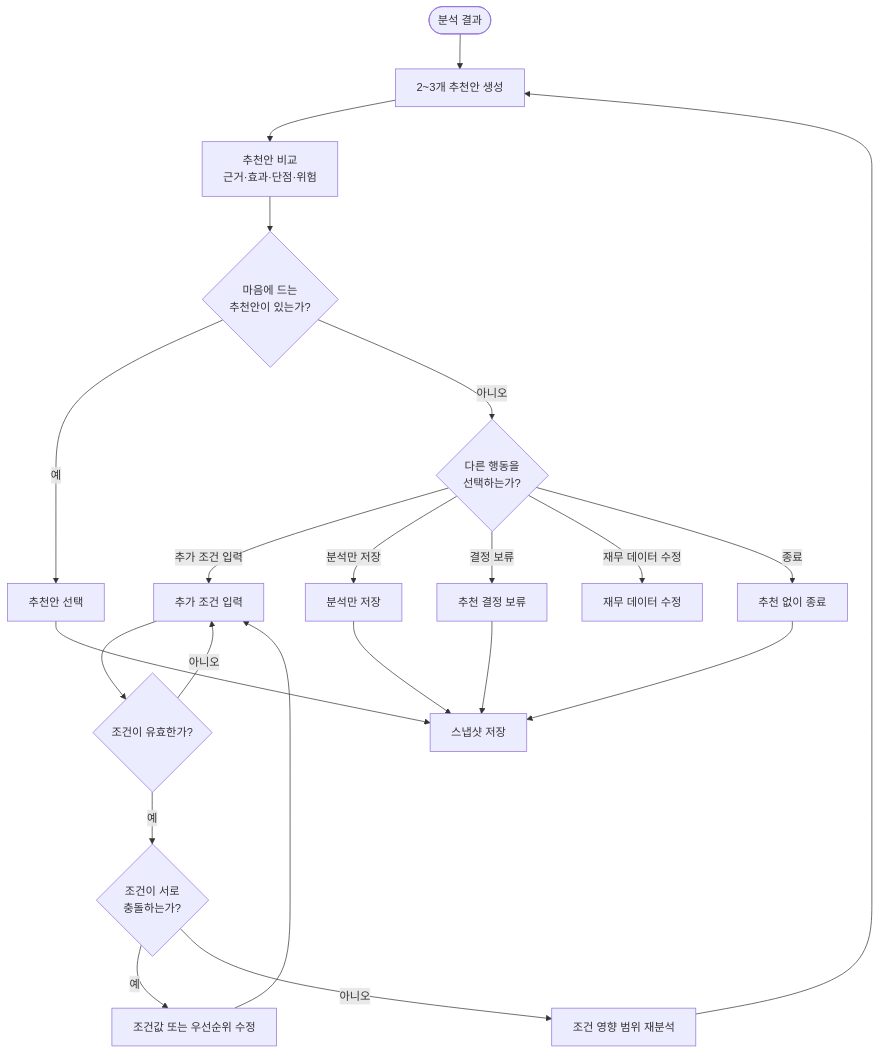
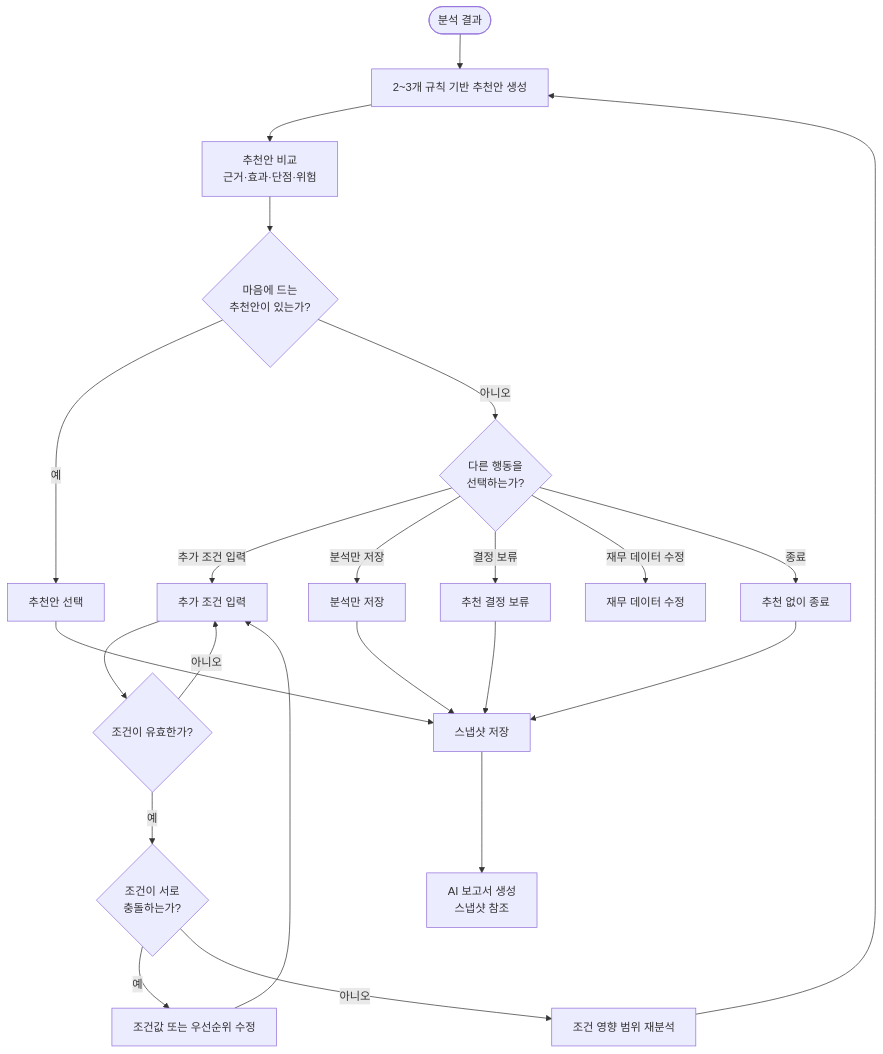
One commit to xenric/personal-finance-copilot changed the fourth of 7 diagrams in docs/specifications/02-FLOW-CHART.md. Above: the diagram before and after it, drawn with Mermaid. The commit also changed other lines of this file and 10 other files, not shown here.

````diff
--- a/docs/specifications/02-FLOW-CHART.md
+++ b/docs/specifications/02-FLOW-CHART.md
@@ -168,53 +170,55 @@
 ```mermaid
 flowchart TD
     START([분석 결과])
 
-    GENERATE["2~3개 추천안 생성"]
+    GENERATE["2~3개 규칙 기반 추천안 생성"]
     COMPARE["추천안 비교<br/>근거·효과·단점·위험"]
     DECISION{"마음에 드는<br/>추천안이 있는가?"}
 
     SELECT["추천안 선택"]
     OTHER{"다른 행동을<br/>선택하는가?"}
 
     CONDITION["추가 조건 입력"]
     VALIDATE{"조건이 유효한가?"}
     CONFLICT{"조건이 서로<br/>충돌하는가?"}
     RESOLVE["조건값 또는 우선순위 수정"]
     REANALYZE["조건 영향 범위 재분석"]
 
     ANALYSIS_ONLY["분석만 저장"]
     PENDING["추천 결정 보류"]
     EDIT["재무 데이터 수정"]
     EXIT["추천 없이 종료"]
 
     SNAPSHOT["스냅샷 저장"]
+    AI_REPORT["AI 보고서 생성<br/>스냅샷 참조"]
 
     START --> GENERATE
     GENERATE --> COMPARE
     COMPARE --> DECISION
 
     DECISION -- "예" --> SELECT
     SELECT --> SNAPSHOT
 
     DECISION -- "아니오" --> OTHER
 
     OTHER -- "추가 조건 입력" --> CONDITION
     OTHER -- "분석만 저장" --> ANALYSIS_ONLY
     OTHER -- "결정 보류" --> PENDING
     OTHER -- "재무 데이터 수정" --> EDIT
     OTHER -- "종료" --> EXIT
 
     CONDITION --> VALIDATE
     VALIDATE -- "아니오" --> CONDITION
     VALIDATE -- "예" --> CONFLICT
 
     CONFLICT -- "예" --> RESOLVE
     RESOLVE --> CONDITION
 
     CONFLICT -- "아니오" --> REANALYZE
     REANALYZE --> GENERATE
 
     ANALYSIS_ONLY --> SNAPSHOT
     PENDING --> SNAPSHOT
     EXIT --> SNAPSHOT
+    SNAPSHOT --> AI_REPORT
 ```
````
